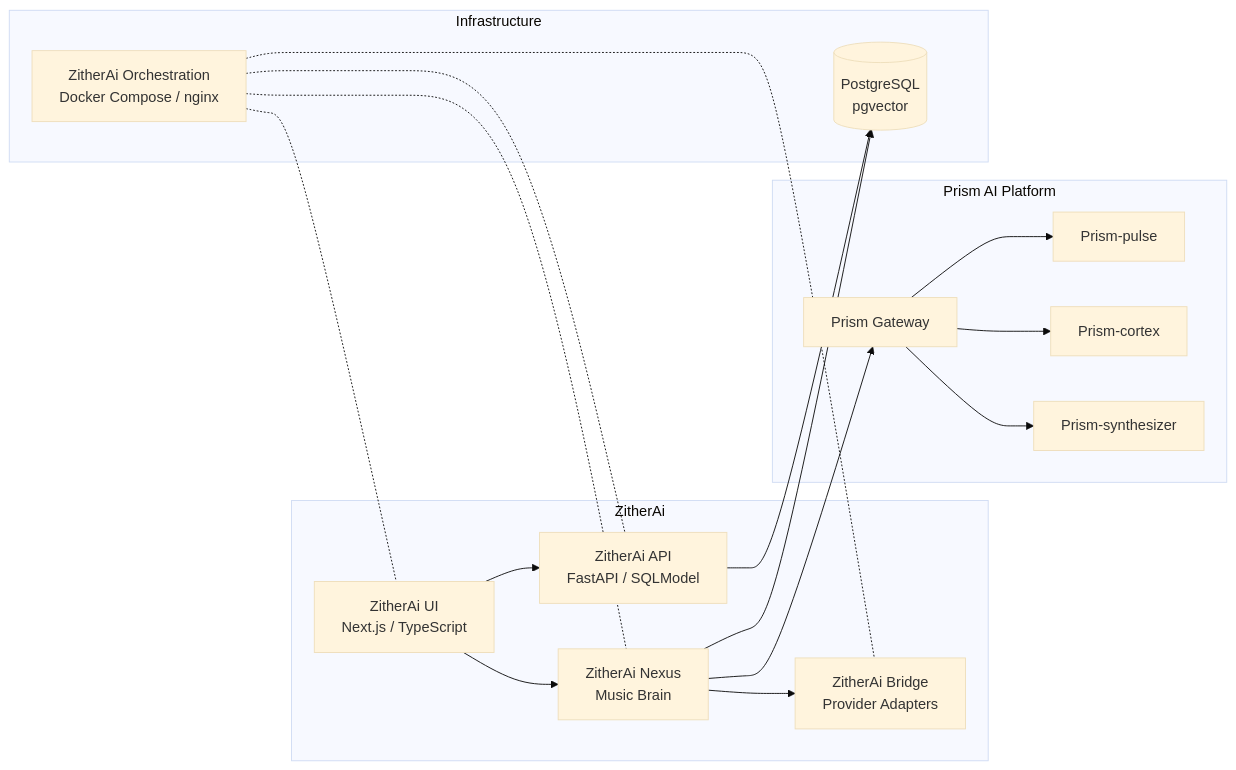
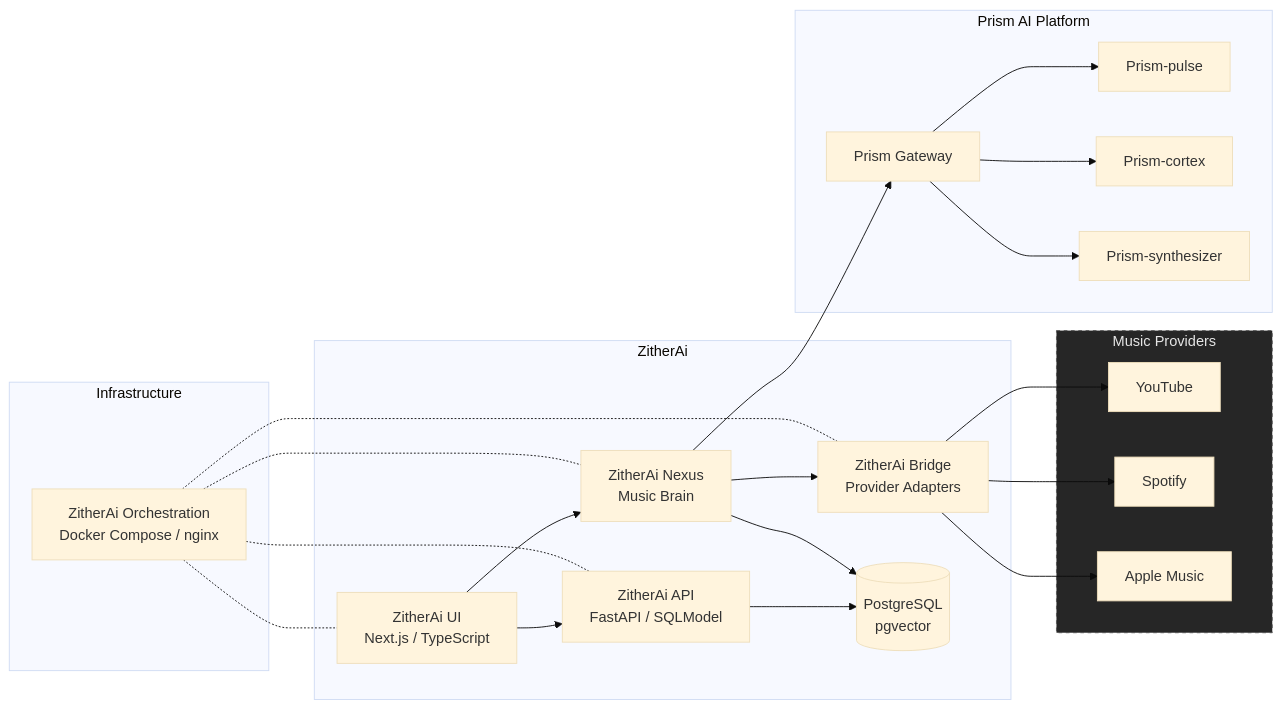
One commit to vsinghal3737/vsinghal3737 changed the third of 3 diagrams in README.md. Above: the diagram before and after it, drawn with Mermaid (base theme). The commit also changed other lines of this file, not shown here.

Commit message:
Add ZitherAi provider boundary

````diff
--- a/README.md
+++ b/README.md
@@ -85,35 +85,47 @@
 ```mermaid
 flowchart LR
     subgraph ZitherAi
         ZUI["ZitherAi UI<br/>Next.js / TypeScript"]
         ZAPI["ZitherAi API<br/>FastAPI / SQLModel"]
         ZNexus["ZitherAi Nexus<br/>Music Brain"]
         ZBridge["ZitherAi Bridge<br/>Provider Adapters"]
+        PG[("PostgreSQL<br/>pgvector")]
+    end
+
+    subgraph Providers["Music Providers"]
+
+        YouTube["YouTube"]
+        Spotify["Spotify"]
+        Apple["Apple Music"]
     end
 
     subgraph Prism["Prism AI Platform"]
         Gateway["Prism Gateway"]
         Pulse["Prism-pulse"]
         Cortex["Prism-cortex"]
         Synthesizer["Prism-synthesizer"]
     end
 
     subgraph Infra["Infrastructure"]
         ZOrch["ZitherAi Orchestration<br/>Docker Compose / nginx"]
-        PG[("PostgreSQL<br/>pgvector")]
     end
 
     ZUI --> ZAPI
     ZUI --> ZNexus
     ZAPI --> PG
     ZNexus --> PG
     ZNexus --> ZBridge
+    ZBridge --> YouTube
+    ZBridge --> Spotify
+    ZBridge --> Apple
     ZNexus --> Gateway
     Gateway --> Pulse
     Gateway --> Cortex
     Gateway --> Synthesizer
     ZOrch -.- ZUI
     ZOrch -.- ZAPI
     ZOrch -.- ZNexus
     ZOrch -.- ZBridge
+
+    style Providers fill:#262626,stroke:#525252,color:#e5e5e5,stroke-dasharray: 4 4
 ```
````
